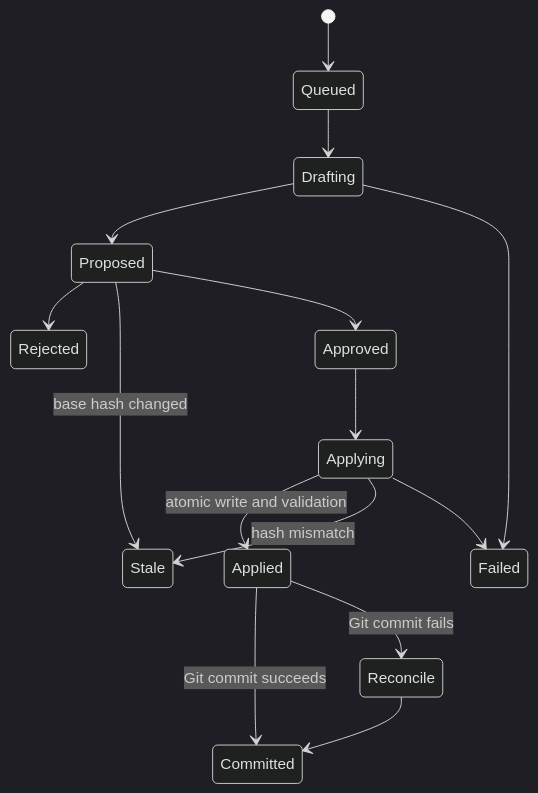
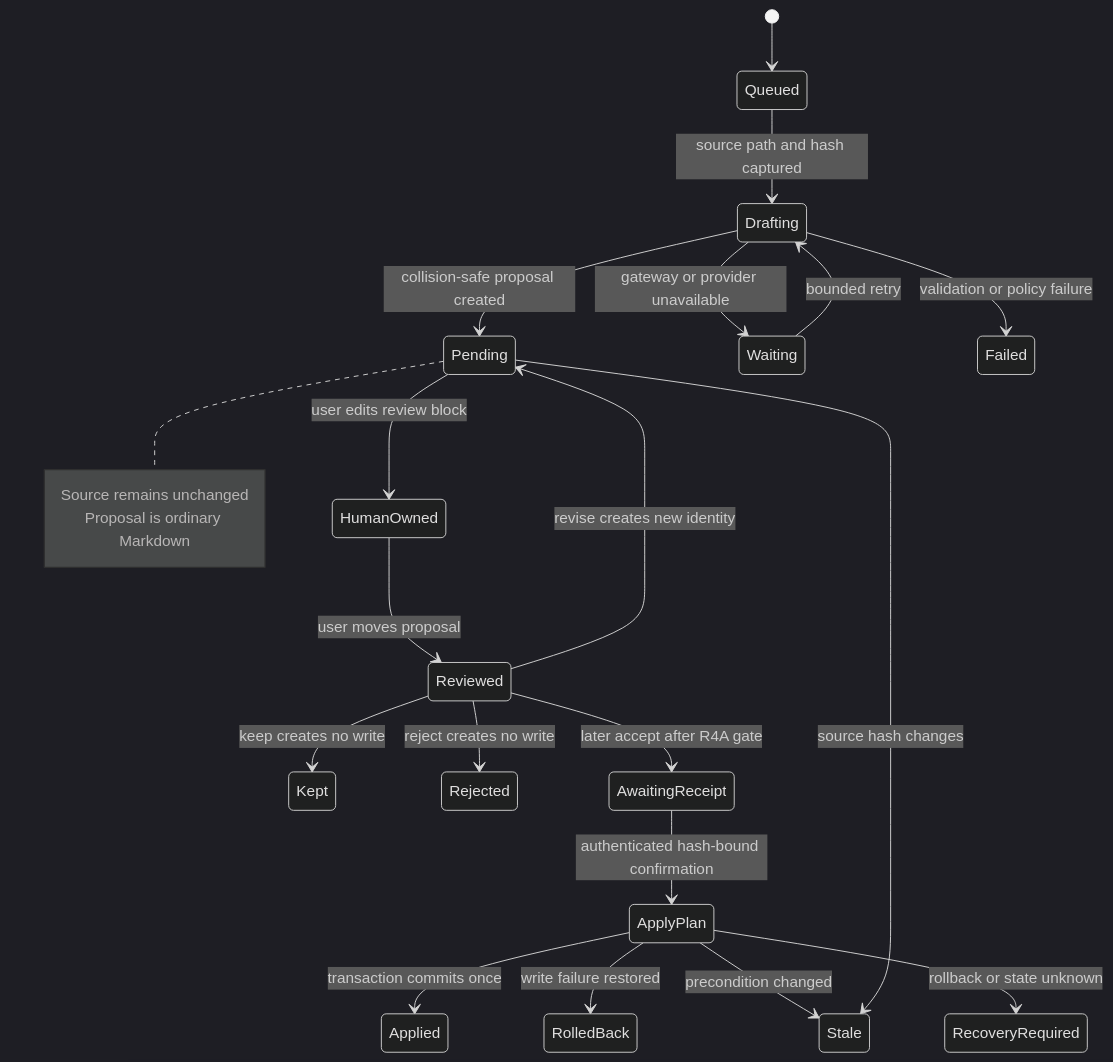
One commit to tienbac2314/north-obsidian-vault changed the fifth of 6 diagrams in docs/architecture/diagrams.md. Above: the diagram before and after it, drawn with Mermaid (dark theme). The commit also changed other lines of this file and 71 other files, not shown here.

````diff
--- a/docs/architecture/diagrams.md
+++ b/docs/architecture/diagrams.md
@@ -36,17 +72,26 @@
 ```mermaid
 stateDiagram-v2
     [*] --> Queued
-    Queued --> Drafting
-    Drafting --> Proposed
-    Drafting --> Failed
-    Proposed --> Rejected
-    Proposed --> Stale: base hash changed
-    Proposed --> Approved
-    Approved --> Applying
-    Applying --> Applied: atomic write and validation
-    Applying --> Stale: hash mismatch
-    Applying --> Failed
-    Applied --> Committed: Git commit succeeds
-    Applied --> Reconcile: Git commit fails
-    Reconcile --> Committed
+    Queued --> Drafting: source path and hash captured
+    Drafting --> Pending: collision-safe proposal created
+    Drafting --> Waiting: gateway or provider unavailable
+    Waiting --> Drafting: bounded retry
+    Drafting --> Failed: validation or policy failure
+    Pending --> HumanOwned: user edits review block
+    HumanOwned --> Reviewed: user moves proposal
+    Reviewed --> Pending: revise creates new identity
+    Reviewed --> Kept: keep creates no write
+    Reviewed --> Rejected: reject creates no write
+    Reviewed --> AwaitingReceipt: later accept after R4A gate
+    AwaitingReceipt --> ApplyPlan: authenticated hash-bound confirmation
+    ApplyPlan --> Applied: transaction commits once
+    ApplyPlan --> RolledBack: write failure restored
+    ApplyPlan --> Stale: precondition changed
+    ApplyPlan --> RecoveryRequired: rollback or state unknown
+    Pending --> Stale: source hash changes
+
+    note right of Pending
+      Source remains unchanged
+      Proposal is ordinary Markdown
+    end note
 ```
````
